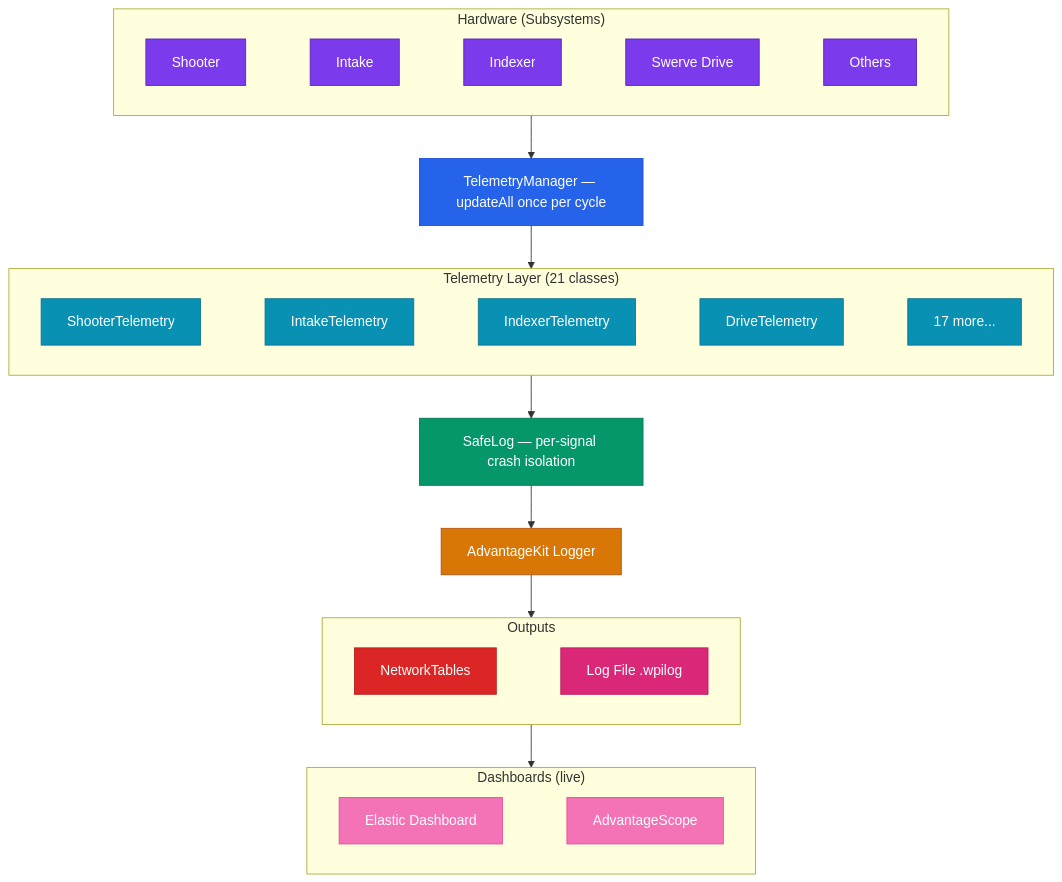
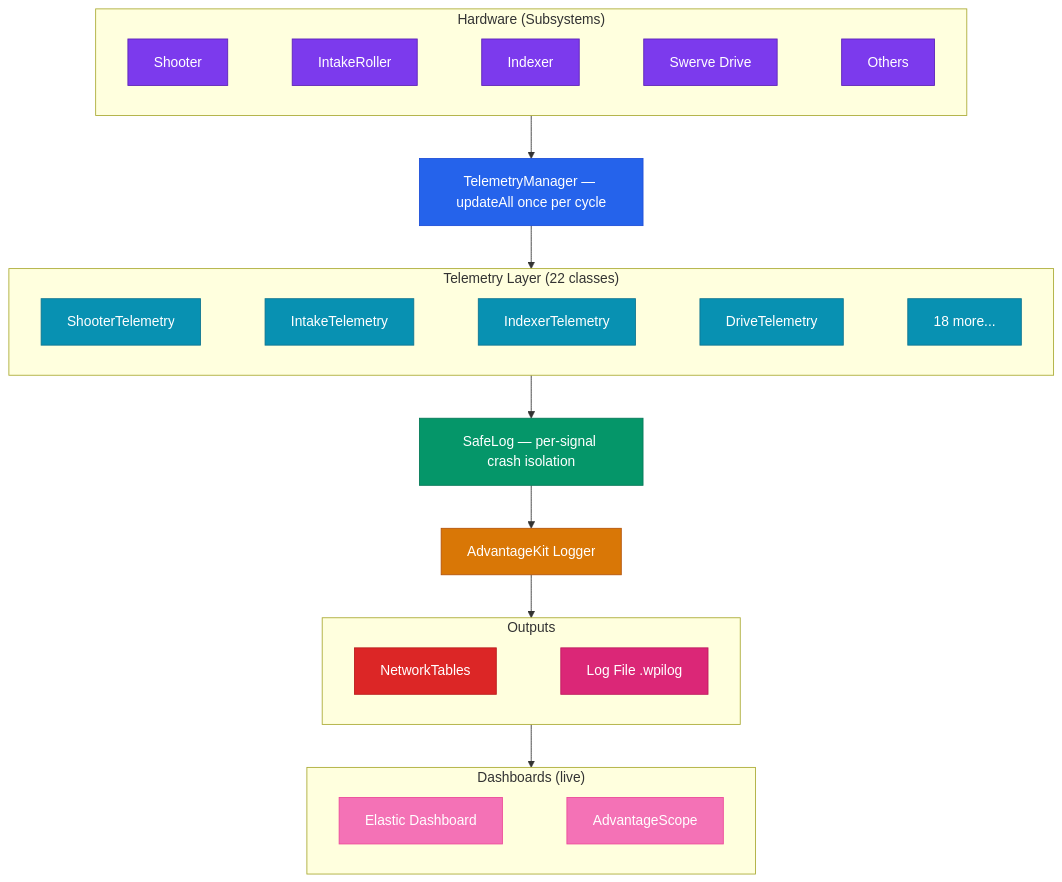
The first of 3 diagrams in docs/architecture/system-overview.md (eeveemara/frc5962-2026-docs), drawn with Mermaid before and after one commit. The commit also changed other lines of this file and 19 other files, not shown here.

````diff
--- a/docs/architecture/system-overview.md
+++ b/docs/architecture/system-overview.md
@@ -11,48 +11,48 @@
 ```mermaid
 flowchart TB
     subgraph HW ["Hardware (Subsystems)"]
         direction LR
-        S1[Shooter] ~~~ S2[Intake] ~~~ S3[Indexer] ~~~ S4[Swerve Drive] ~~~ S5[Others]
+        S1[Shooter] ~~~ S2[IntakeRoller] ~~~ S3[Indexer] ~~~ S4[Swerve Drive] ~~~ S5[Others]
     end
 
     TM[TelemetryManager — updateAll once per cycle]
 
-    subgraph TEL ["Telemetry Layer (21 classes)"]
+    subgraph TEL ["Telemetry Layer (22 classes)"]
         direction LR
-        T1[ShooterTelemetry] ~~~ T2[IntakeTelemetry] ~~~ T3[IndexerTelemetry] ~~~ T4[DriveTelemetry] ~~~ T5[17 more...]
+        T1[ShooterTelemetry] ~~~ T2[IntakeTelemetry] ~~~ T3[IndexerTelemetry] ~~~ T4[DriveTelemetry] ~~~ T5[18 more...]
     end
 
     SL[SafeLog — per-signal crash isolation]
     AK[AdvantageKit Logger]
 
     subgraph OUT ["Outputs"]
         direction LR
         NT[NetworkTables] ~~~ LOG[Log File .wpilog]
     end
 
     subgraph DASH ["Dashboards (live)"]
         direction LR
         EL[Elastic Dashboard] ~~~ AS[AdvantageScope]
     end
 
     HW --> TM --> TEL --> SL --> AK --> OUT
     NT --> DASH
 
     style S1 fill:#7c3aed,stroke:#5b21b6,color:#fff
     style S2 fill:#7c3aed,stroke:#5b21b6,color:#fff
     style S3 fill:#7c3aed,stroke:#5b21b6,color:#fff
     style S4 fill:#7c3aed,stroke:#5b21b6,color:#fff
     style S5 fill:#7c3aed,stroke:#5b21b6,color:#fff
     style TM fill:#2563eb,stroke:#1d4ed8,color:#fff
     style T1 fill:#0891b2,stroke:#0e7490,color:#fff
     style T2 fill:#0891b2,stroke:#0e7490,color:#fff
     style T3 fill:#0891b2,stroke:#0e7490,color:#fff
     style T4 fill:#0891b2,stroke:#0e7490,color:#fff
     style T5 fill:#0891b2,stroke:#0e7490,color:#fff
     style SL fill:#059669,stroke:#047857,color:#fff
     style AK fill:#d97706,stroke:#b45309,color:#fff
     style NT fill:#dc2626,stroke:#b91c1c,color:#fff
     style LOG fill:#db2777,stroke:#be185d,color:#fff
     style EL fill:#f472b6,stroke:#ec4899,color:#fff
     style AS fill:#f472b6,stroke:#ec4899,color:#fff
 ```
````
